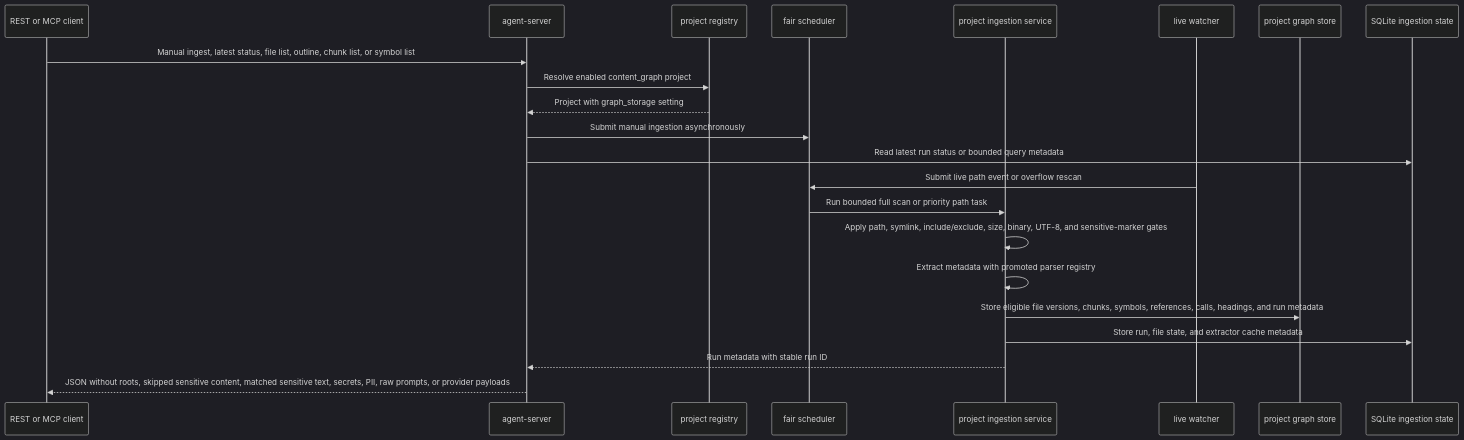
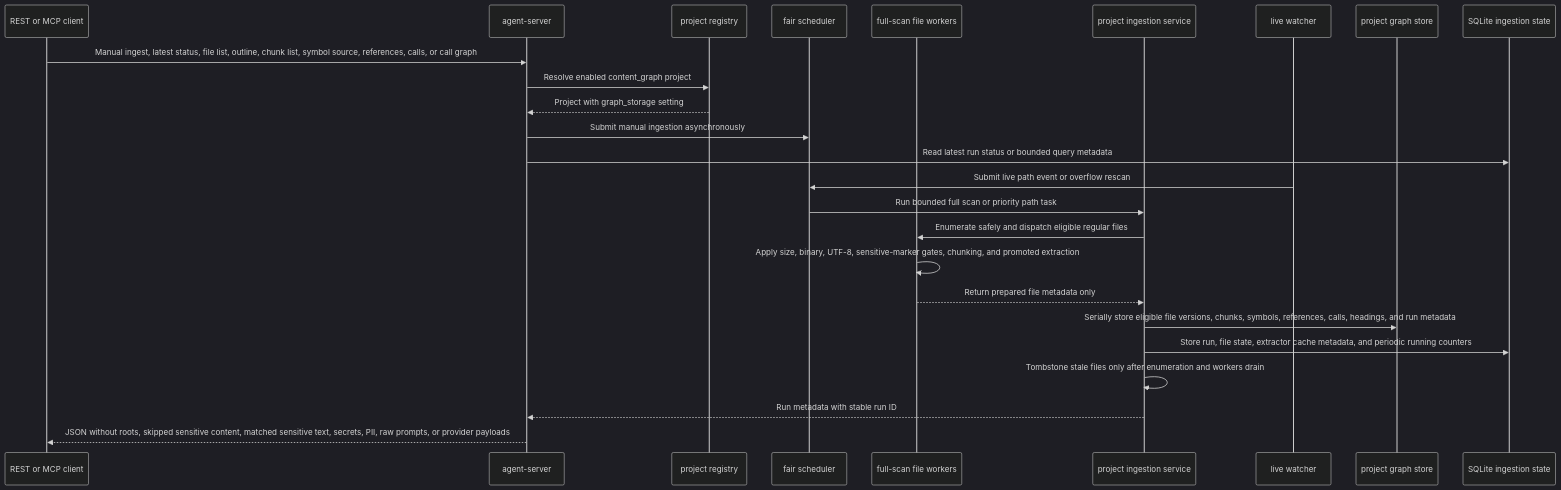
The fourth of 5 diagrams in docs/architecture/system-architecture.md (MiviaLabs/go-mivia), drawn with Mermaid (dark theme) before and after one commit. The commit also changed other lines of this file and 1 other file, not shown here.

Commit message:
docs(server): document agent server feature map

````diff
--- a/docs/architecture/system-architecture.md
+++ b/docs/architecture/system-architecture.md
@@ -125,25 +130,28 @@
 ```mermaid
 sequenceDiagram
   participant Client as REST or MCP client
   participant Server as agent-server
   participant Registry as project registry
   participant Scheduler as fair scheduler
+  participant Workers as full-scan file workers
   participant Ingestion as project ingestion service
   participant Watcher as live watcher
   participant Graph as project graph store
   participant SQLite as SQLite ingestion state
 
-  Client->>Server: Manual ingest, latest status, file list, outline, chunk list, or symbol list
+  Client->>Server: Manual ingest, latest status, file list, outline, chunk list, symbol source, references, calls, or call graph
   Server->>Registry: Resolve enabled content_graph project
   Registry-->>Server: Project with graph_storage setting
   Server->>Scheduler: Submit manual ingestion asynchronously
   Server->>SQLite: Read latest run status or bounded query metadata
   Watcher->>Scheduler: Submit live path event or overflow rescan
   Scheduler->>Ingestion: Run bounded full scan or priority path task
-  Ingestion->>Ingestion: Apply path, symlink, include/exclude, size, binary, UTF-8, and sensitive-marker gates
-  Ingestion->>Ingestion: Extract metadata with promoted parser registry
-  Ingestion->>Graph: Store eligible file versions, chunks, symbols, references, calls, headings, and run metadata
-  Ingestion->>SQLite: Store run, file state, and extractor cache metadata
+  Ingestion->>Workers: Enumerate safely and dispatch eligible regular files
+  Workers->>Workers: Apply size, binary, UTF-8, sensitive-marker gates, chunking, and promoted extraction
+  Workers-->>Ingestion: Return prepared file metadata only
+  Ingestion->>Graph: Serially store eligible file versions, chunks, symbols, references, calls, headings, and run metadata
+  Ingestion->>SQLite: Store run, file state, extractor cache metadata, and periodic running counters
+  Ingestion->>Ingestion: Tombstone stale files only after enumeration and workers drain
   Ingestion-->>Server: Run metadata with stable run ID
   Server-->>Client: JSON without roots, skipped sensitive content, matched sensitive text, secrets, PII, raw prompts, or provider payloads
 ```
````
